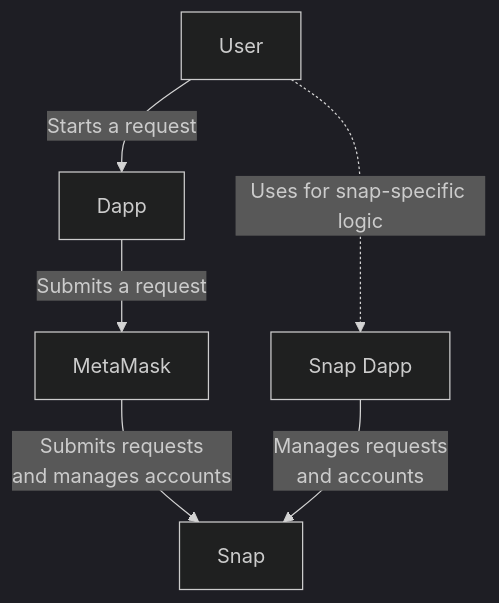
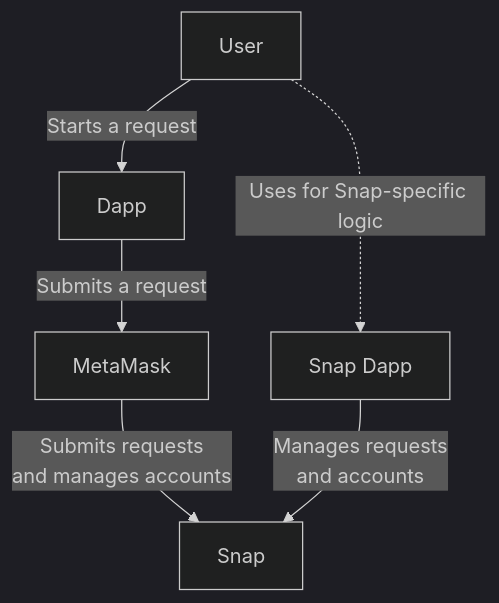
The first of 4 diagrams in docs/architecture.md (MetaMask/keyring-api), drawn with Mermaid (dark theme) before and after one commit. The commit also changed other lines of this file and 1 other file, not shown here.

````diff
--- a/docs/architecture.md
+++ b/docs/architecture.md
@@ -26,8 +26,8 @@
 ```mermaid
 graph TD
   User -->|Starts a request| Dapp
   Dapp -->|Submits a request| MetaMask
   MetaMask -->|Submits requests<br/>and manages accounts| Snap
   Site[Snap Dapp] -->|Manages requests<br/>and accounts| Snap
-  User -.->|Uses for snap-specific logic| Site
+  User -.->|Uses for Snap-specific logic| Site
 ```
````
